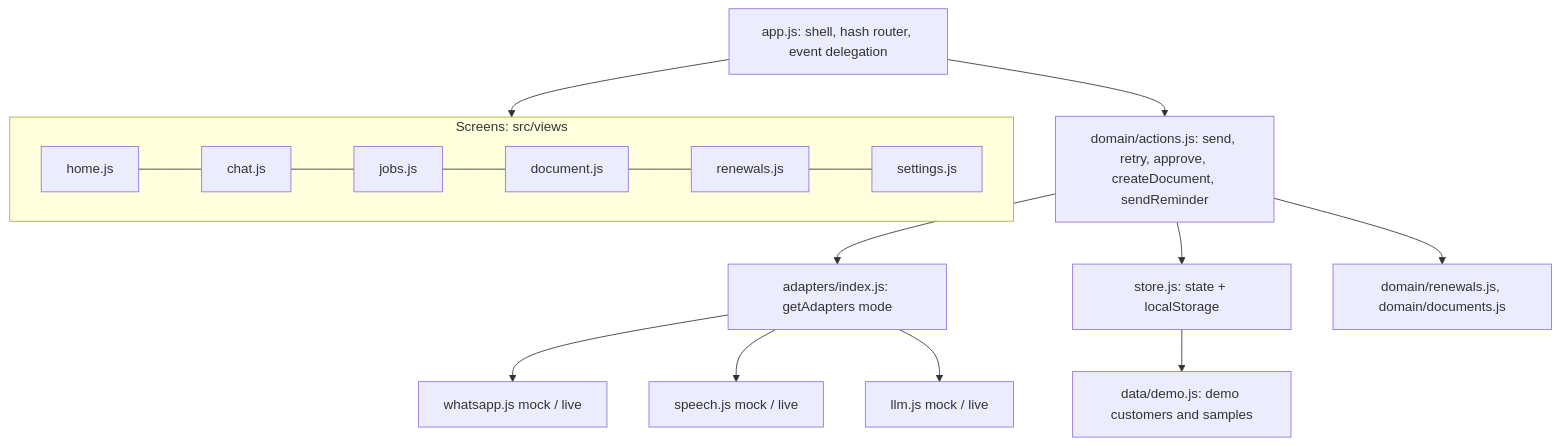
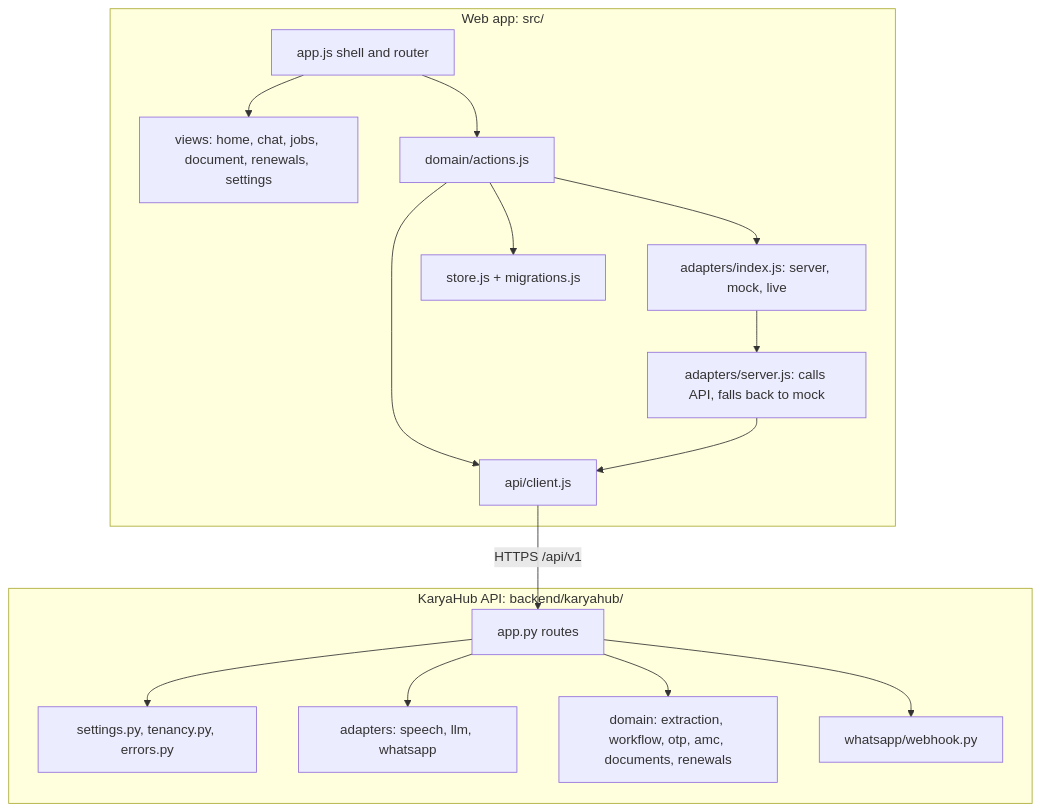
One commit to akkiverse/karyahub changed the second of 2 diagrams in docs/architecture/ARCHITECTURE.md. Above: the diagram before and after it, drawn with Mermaid. The commit also changed other lines of this file and 76 other files, not shown here.

First line of the commit message:
KaryaHub: Advance Tech, server, webhook, proof of work, visit plans (CR-0002)

````diff
--- a/docs/architecture/ARCHITECTURE.md
+++ b/docs/architecture/ARCHITECTURE.md
@@ -24,15 +24,19 @@
 ```mermaid
 flowchart TB
-  subgraph UI[Screens: src/views]
-    H[home.js] --- C[chat.js] --- J[jobs.js] --- D[document.js] --- R[renewals.js] --- ST[settings.js]
+  subgraph Web[Web app: src/]
+    SH[app.js shell and router] --> V[views: home, chat, jobs, document, renewals, settings]
+    SH --> ACT[domain/actions.js]
+    ACT --> AD[adapters/index.js: server, mock, live]
+    AD --> SRV[adapters/server.js: calls API, falls back to mock]
+    ACT --> CL[api/client.js]
+    SRV --> CL
+    ACT --> STO[store.js + migrations.js]
   end
-  SH[app.js: shell, hash router, event delegation] --> UI
-  SH --> ACT[domain/actions.js: send, retry, approve, createDocument, sendReminder]
-  ACT --> AD[adapters/index.js: getAdapters mode]
-  AD --> WA[whatsapp.js mock / live]
-  AD --> SP[speech.js mock / live]
-  AD --> LM[llm.js mock / live]
-  ACT --> STO[store.js: state + localStorage]
-  ACT --> DOM[domain/renewals.js, domain/documents.js]
-  STO --> DATA[data/demo.js: demo customers and samples]
+  CL -->|HTTPS /api/v1| API
+  subgraph Server[KaryaHub API: backend/karyahub/]
+    API[app.py routes] --> SET[settings.py, tenancy.py, errors.py]
+    API --> SAD[adapters: speech, llm, whatsapp]
+    API --> DOM[domain: extraction, workflow, otp, amc, documents, renewals]
+    API --> WH[whatsapp/webhook.py]
+  end
 ```
````
